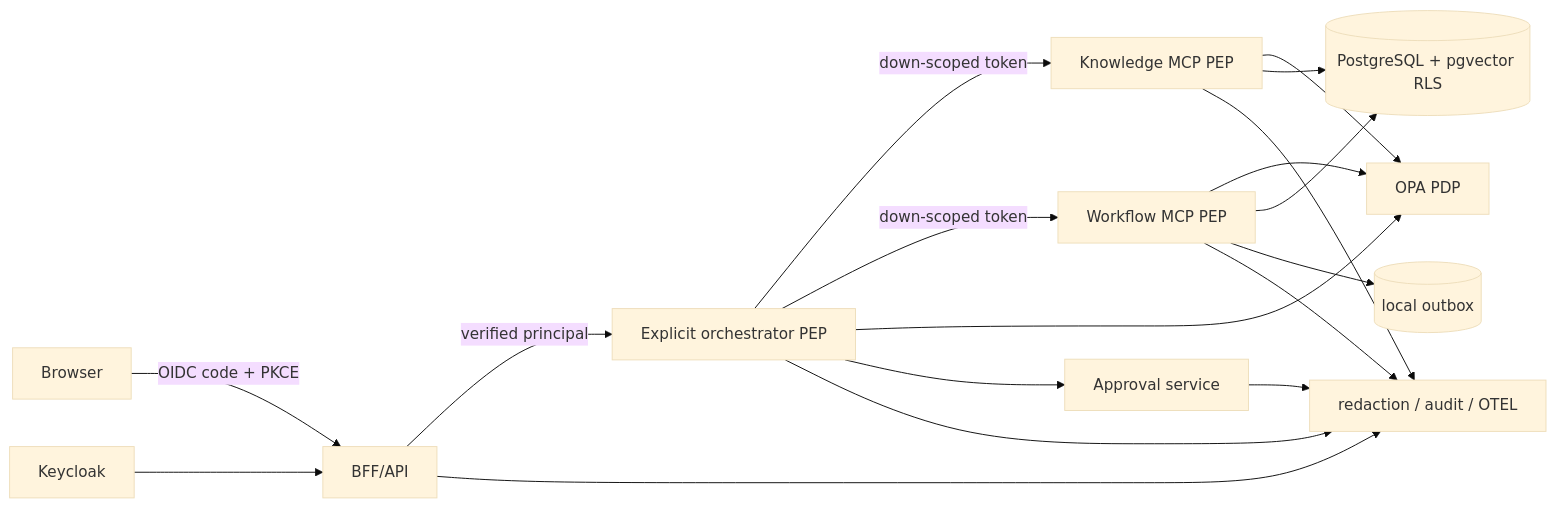
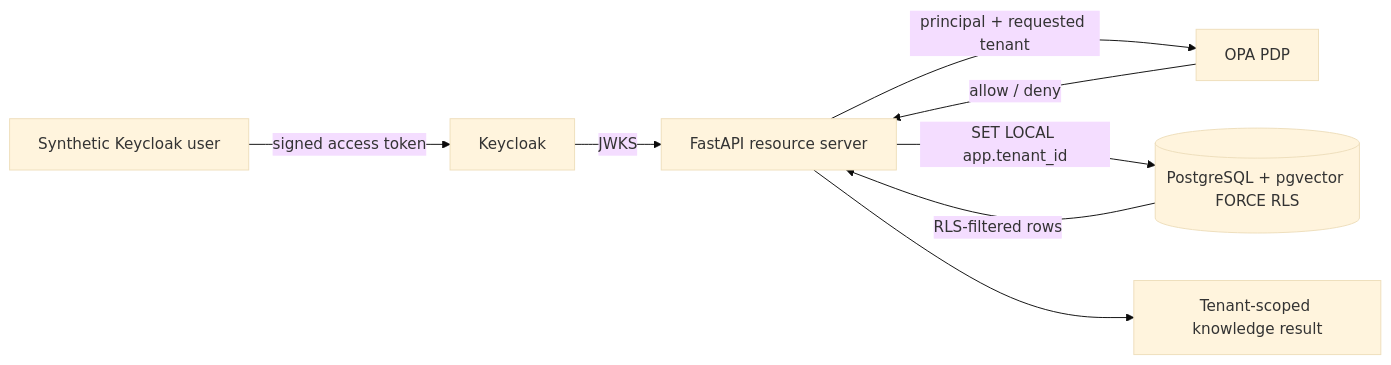
Before and after one commit to amaw535353-ai/Platform01: the first of 2 diagrams in docs/architecture.md, drawn with Mermaid (base theme). The commit also changed other lines of this file and 4 other files, not shown here.

````diff
--- a/docs/architecture.md
+++ b/docs/architecture.md
@@ -3,16 +7,10 @@
 ```mermaid
 flowchart LR
- U[Browser] -->|OIDC code + PKCE| B[BFF/API]
- B -->|verified principal| O[Explicit orchestrator PEP]
- O -->|down-scoped token| K[Knowledge MCP PEP]
- O -->|down-scoped token| W[Workflow MCP PEP]
- O --> P[OPA PDP]
- K --> P
- W --> P
- K --> D[(PostgreSQL + pgvector RLS)]
- W --> D
- O --> A[Approval service]
- W --> X[(local outbox)]
- B & O & K & W & A --> T[redaction / audit / OTEL]
- I[Keycloak] --> B
+ U[Synthetic Keycloak user] -->|signed access token| K[Keycloak]
+ K -->|JWKS| B[FastAPI resource server]
+ B -->|principal + requested tenant| P[OPA PDP]
+ B -->|SET LOCAL app.tenant_id| D[(PostgreSQL + pgvector FORCE RLS)]
+ B --> R[Tenant-scoped knowledge result]
+ P -->|allow / deny| B
+ D -->|RLS-filtered rows| B
 ```
````
